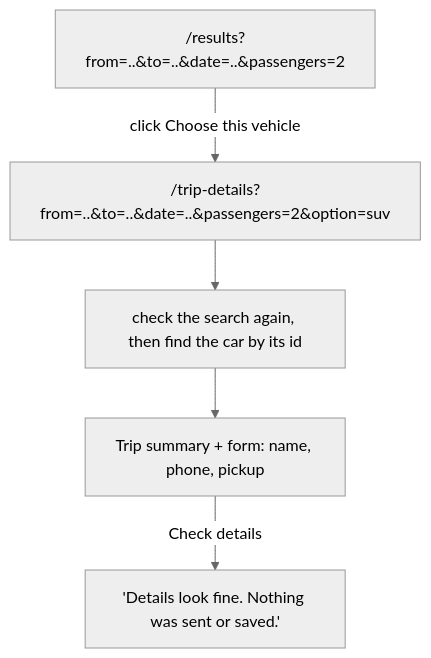
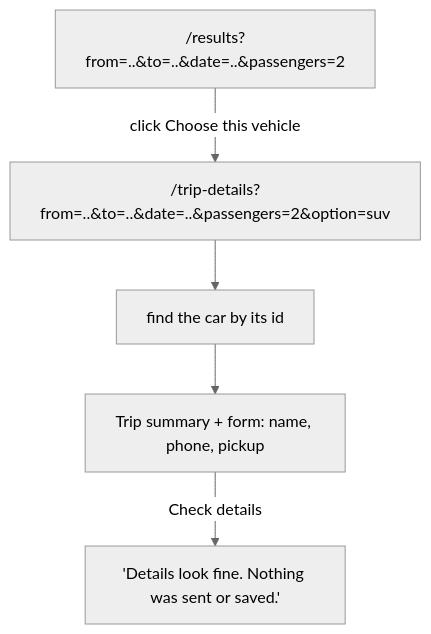
The diagram in day-13.md (pratulsharma/intercitytaxicab), drawn with Mermaid (neutral theme) before and after one commit. The commit also changed other lines of this file and 7 other files, not shown here.

````diff
--- a/day-13.md
+++ b/day-13.md
@@ -25,7 +25,7 @@
 ```mermaid
 flowchart TD
   R["/results?from=..&to=..&date=..&passengers=2"] -->|click Choose this vehicle| T["/trip-details?from=..&to=..&date=..&passengers=2&option=suv"]
-  T --> V[check the search again, then find the car by its id]
+  T --> V[find the car by its id]
   V --> F[Trip summary + form: name, phone, pickup]
   F -->|Check details| M["'Details look fine. Nothing was sent or saved.'"]
 ```
````
